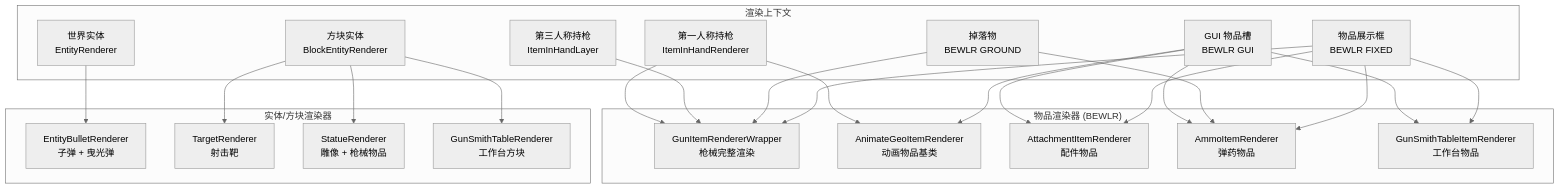
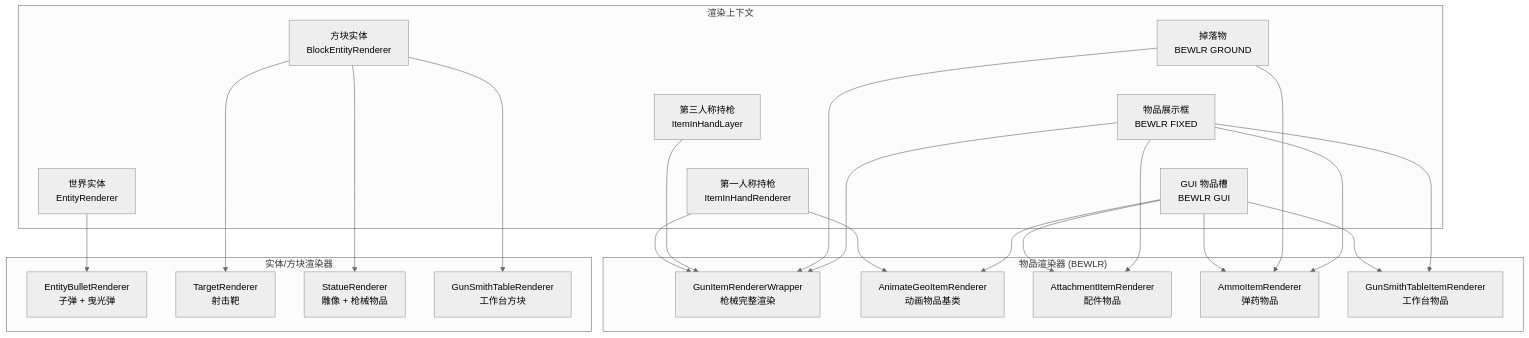
One commit to XColorful/Custom-Gun-Continued changed the first of 2 diagrams in docs-tacz/architecture/client/render/render-pipeline.md. Above: the diagram before and after it, drawn with Mermaid (neutral theme). The commit also changed 2 other files, not shown here.

Commit message:
docs: adjust render framework mermaid

````diff
--- a/docs-tacz/architecture/client/render/render-pipeline.md
+++ b/docs-tacz/architecture/client/render/render-pipeline.md
@@ -9,46 +9,50 @@
 ```mermaid
 graph TB
     subgraph "渲染上下文"
         FP["第一人称持枪<br/>ItemInHandRenderer"]
         TP["第三人称持枪<br/>ItemInHandLayer"]
         ENTITY["世界实体<br/>EntityRenderer"]
         BLOCK["方块实体<br/>BlockEntityRenderer"]
         GUI["GUI 物品槽<br/>BEWLR GUI"]
         GROUND["掉落物<br/>BEWLR GROUND"]
         FIXED["物品展示框<br/>BEWLR FIXED"]
     end
 
     subgraph "物品渲染器 (BEWLR)"
         GW["GunItemRendererWrapper<br/>枪械完整渲染"]
         AGR["AnimateGeoItemRenderer<br/>动画物品基类"]
         ATTR["AttachmentItemRenderer<br/>配件物品"]
         AMMOR["AmmoItemRenderer<br/>弹药物品"]
         GSTR["GunSmithTableItemRenderer<br/>工作台物品"]
     end
 
     subgraph "实体/方块渲染器"
         EBR["EntityBulletRenderer<br/>子弹 + 曳光弹"]
         TR["TargetRenderer<br/>射击靶"]
         SR["StatueRenderer<br/>雕像 + 枪械物品"]
         GSTR2["GunSmithTableRenderer<br/>工作台方块"]
     end
 
     FP --> GW
     FP --> AGR
     TP --> GW
     GUI --> AGR
     GUI --> ATTR
     GUI --> AMMOR
     GUI --> GSTR
     GROUND --> GW
     GROUND --> AMMOR
     FIXED --> GW
     FIXED --> ATTR
     FIXED --> AMMOR
     FIXED --> GSTR
 
     ENTITY --> EBR
     BLOCK --> TR
     BLOCK --> SR
-    BLOCK --> GSTR2
+    BLOCK ----> GSTR2
+    
+    %% ----调整Mermaid外观（与体系无关）----
+    TP ~~~ FP
+    GROUND ~~~ FIXED ~~~ GUI
 ```
````
